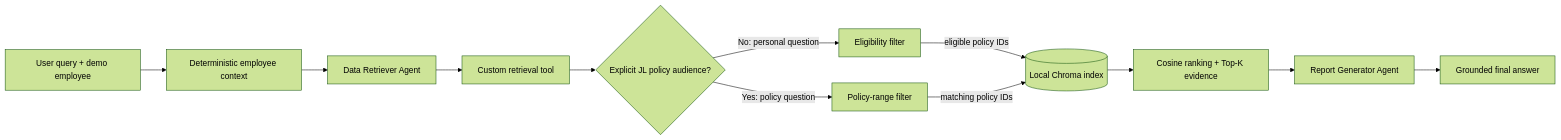
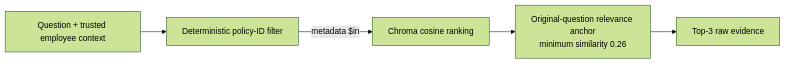
Before and after one commit to Patipat-Panyasukum/bbl-agentic-rag-PatipatPa: the second of 2 diagrams in README.md, drawn with Mermaid (forest theme). The commit also changed other lines of this file and 28 other files, not shown here.

````diff
--- a/README.md
+++ b/README.md
@@ -16,14 +137,7 @@
 ```mermaid
 flowchart LR
-    U[User query + demo employee] --> C[Deterministic employee context]
-    C --> A[Data Retriever Agent]
-    A --> T[Custom retrieval tool]
-    T --> Q{Explicit JL policy audience?}
-    Q -->|No: personal question| F[Eligibility filter]
-    Q -->|Yes: policy question| P[Policy-range filter]
-    F -->|eligible policy IDs| V[(Local Chroma index)]
-    P -->|matching policy IDs| V
-    V --> S[Cosine ranking + Top-K evidence]
-    S --> R[Report Generator Agent]
-    R --> O[Grounded final answer]
+    Q[Question + trusted employee context] --> F[Deterministic policy-ID filter]
+    F -->|metadata $in| V[Chroma cosine ranking]
+    V --> A[Original-question relevance anchor\nminimum similarity 0.26]
+    A --> K[Top-3 raw evidence]
 ```
````
